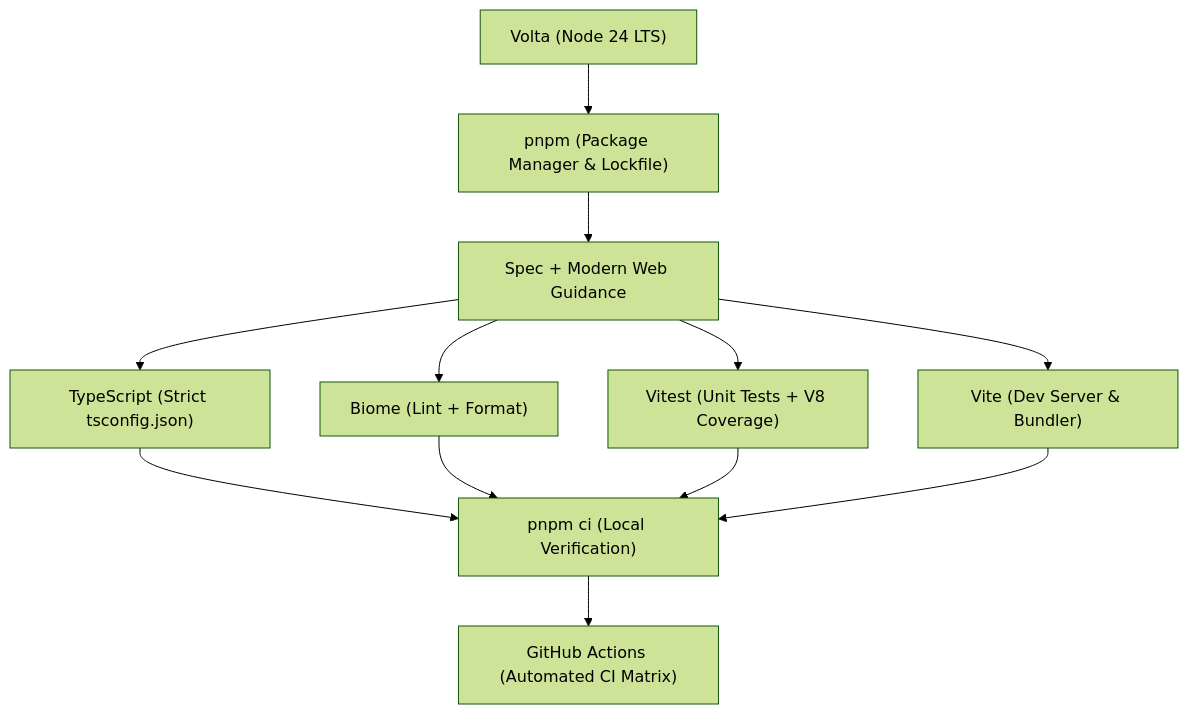
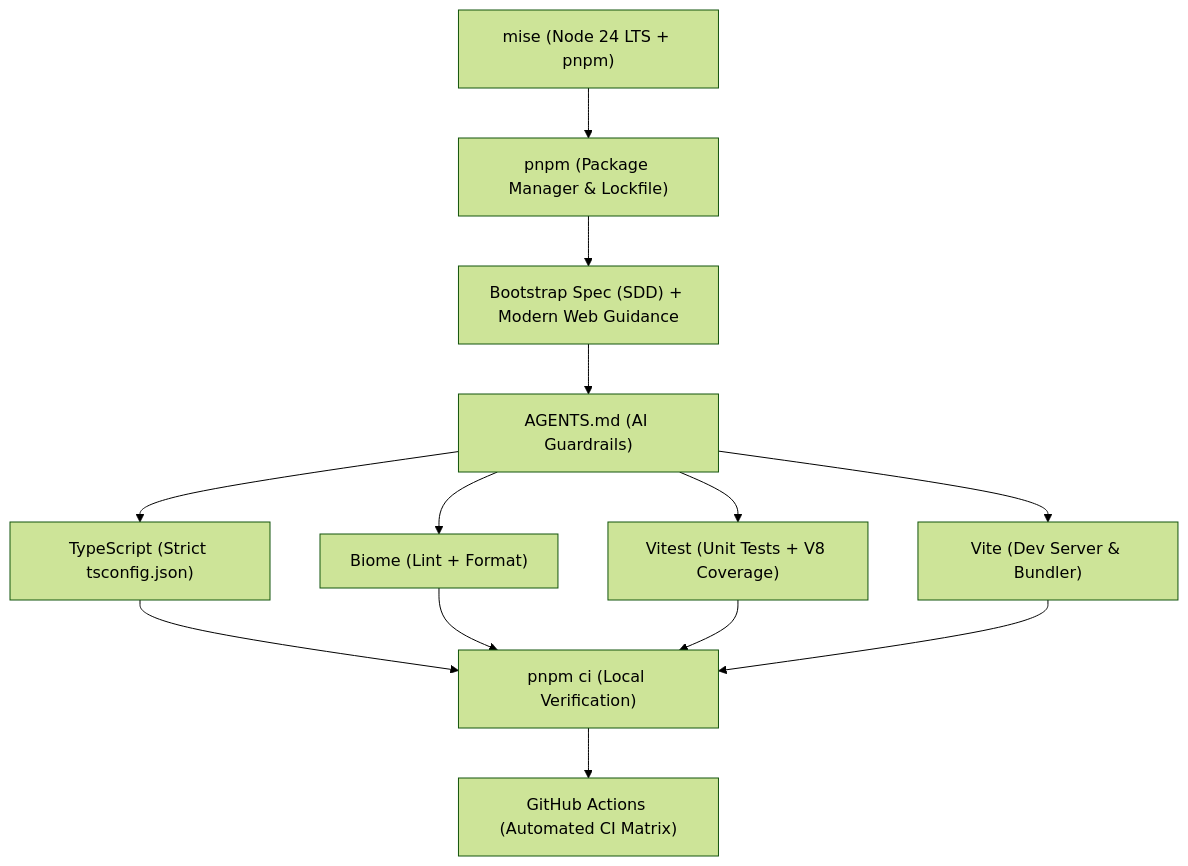
One commit to amitsk/typescript-development-env changed the diagram in 15-putting-it-together.md. Above: the diagram before and after it, drawn with Mermaid (forest theme). The commit also changed other lines of this file and 3 other files, not shown here.

Commit message:
Add HTTP clients section, mise + AGENTS.md + bootstrap spec in Ch15, SDD in Ch17

````diff
--- a/15-putting-it-together.md
+++ b/15-putting-it-together.md
@@ -9,14 +9,15 @@
 ```mermaid
 flowchart TD
-    Volta["Volta (Node 24 LTS)"] --> Pnpm["pnpm (Package Manager & Lockfile)"]
-    Pnpm --> Spec["Spec + Modern Web Guidance"]
-    Spec --> Vite["Vite (Dev Server & Bundler)"]
-    Spec --> TS["TypeScript (Strict tsconfig.json)"]
-    Spec --> Biome["Biome (Lint + Format)"]
-    Spec --> Vitest["Vitest (Unit Tests + V8 Coverage)"]
+    Mise["mise (Node 24 LTS + pnpm)"] --> Pnpm["pnpm (Package Manager & Lockfile)"]
+    Pnpm --> Spec["Bootstrap Spec (SDD) + Modern Web Guidance"]
+    Spec --> Agents["AGENTS.md (AI Guardrails)"]
+    Agents --> Vite["Vite (Dev Server & Bundler)"]
+    Agents --> TS["TypeScript (Strict tsconfig.json)"]
+    Agents --> Biome["Biome (Lint + Format)"]
+    Agents --> Vitest["Vitest (Unit Tests + V8 Coverage)"]
     TS --> LocalCI["pnpm ci (Local Verification)"]
     Biome --> LocalCI
     Vitest --> LocalCI
     Vite --> LocalCI
     LocalCI --> GHA["GitHub Actions (Automated CI Matrix)"]
 ```
````
